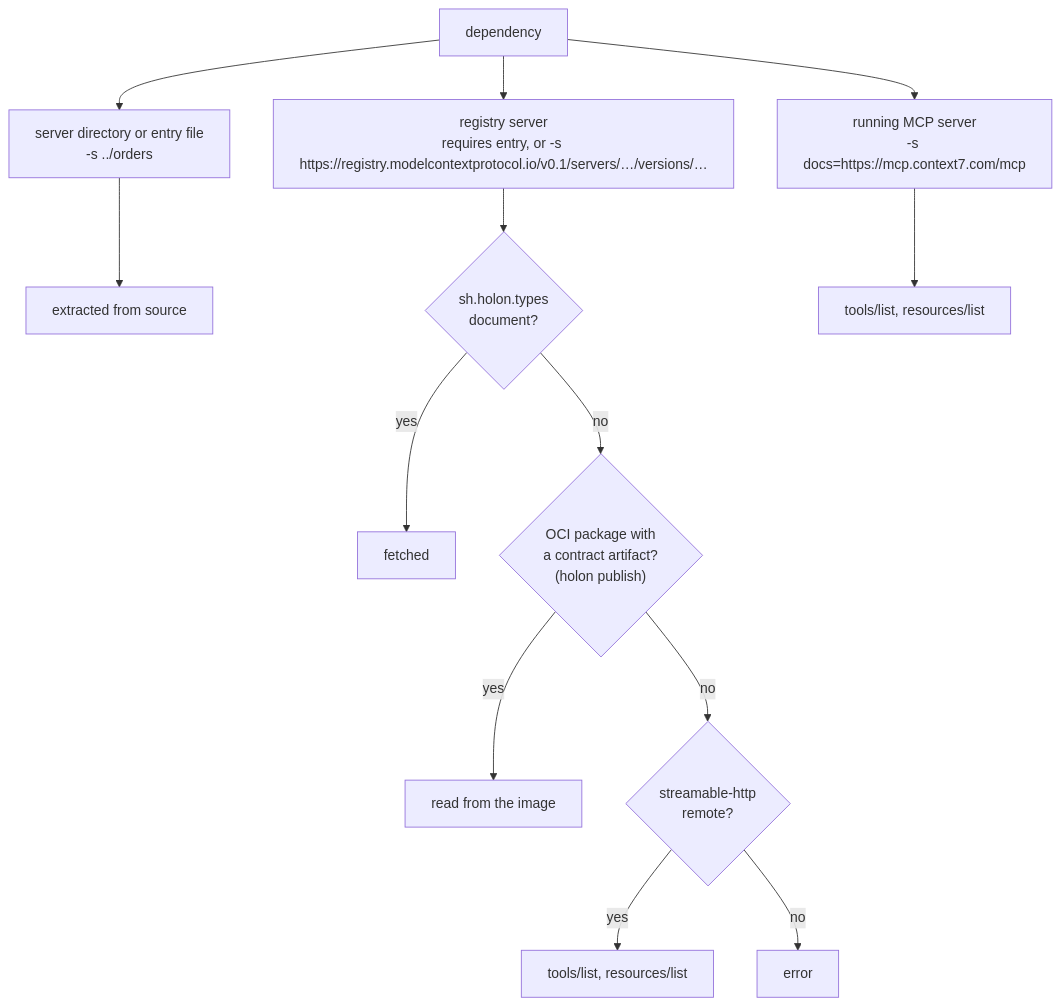
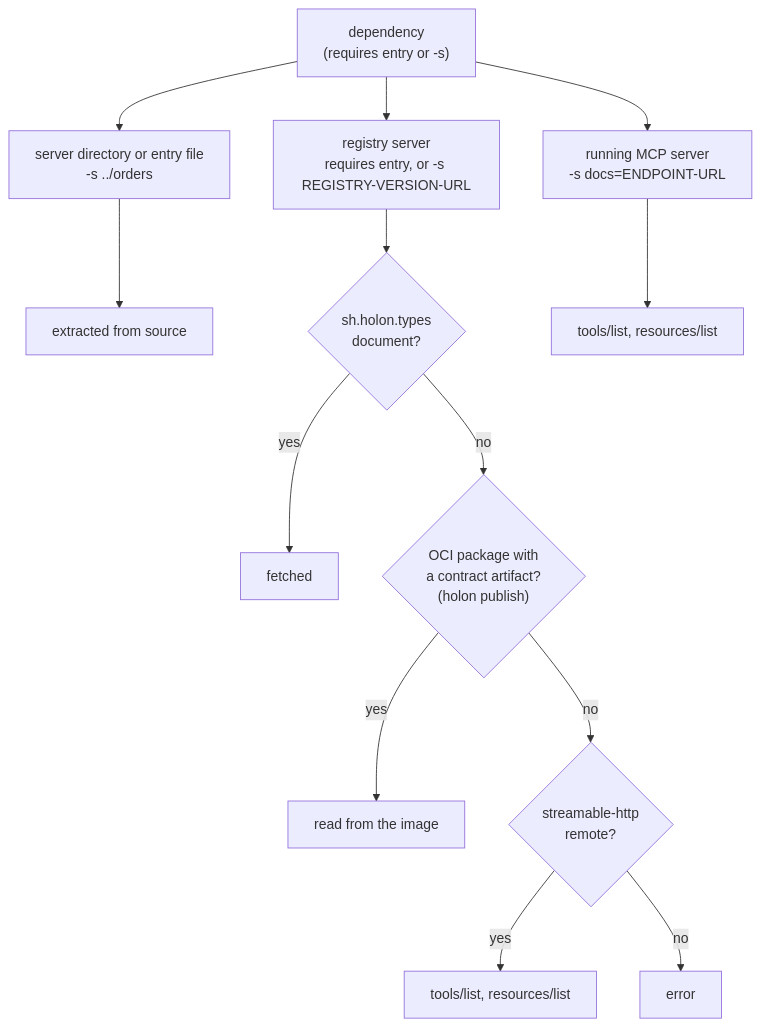
One commit to holon-sh/cli changed the second of 2 diagrams in README.md. Above: the diagram before and after it, drawn with Mermaid. The commit also changed other lines of this file, not shown here.

````diff
--- a/README.md
+++ b/README.md
@@ -83,12 +182,12 @@
 ```mermaid
 flowchart TD
-  D["dependency"] --> P["server directory or entry file<br/>-s ../orders"]
-  D --> G["registry server<br/>requires entry, or -s https://registry.modelcontextprotocol.io/v0.1/servers/…/versions/…"]
-  D --> L["running MCP server<br/>-s docs=https://mcp.context7.com/mcp"]
+  D["dependency<br/>(requires entry or -s)"] --> P["server directory or entry file<br/>-s ../orders"]
+  D --> G["registry server<br/>requires entry, or -s REGISTRY-VERSION-URL"]
+  D --> L["running MCP server<br/>-s docs=ENDPOINT-URL"]
   P --> PX["extracted from source"]
   G --> G1{"sh.holon.types<br/>document?"} -->|yes| GX["fetched"]
   G1 -->|no| G2{"OCI package with<br/>a contract artifact?<br/>(holon publish)"} -->|yes| GI["read from the image"]
   G2 -->|no| G3{"streamable-http<br/>remote?"} -->|yes| GL["tools/list, resources/list"]
   G3 -->|no| GE["error"]
   L --> LX["tools/list, resources/list"]
 ```
````
